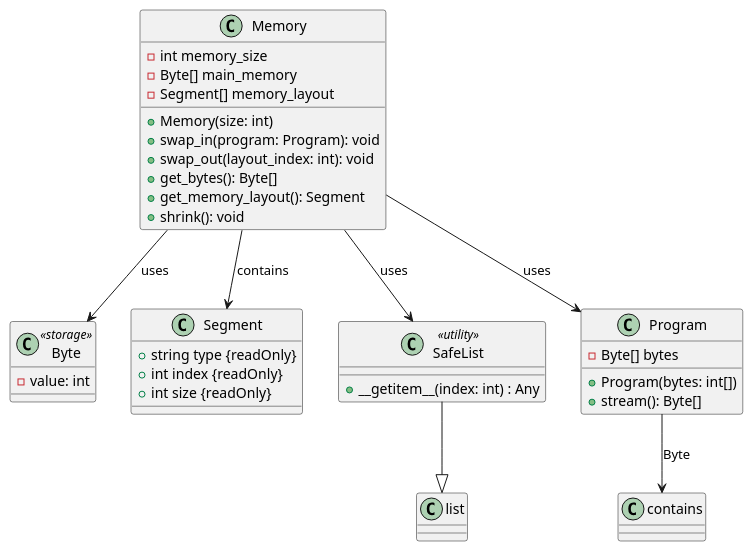
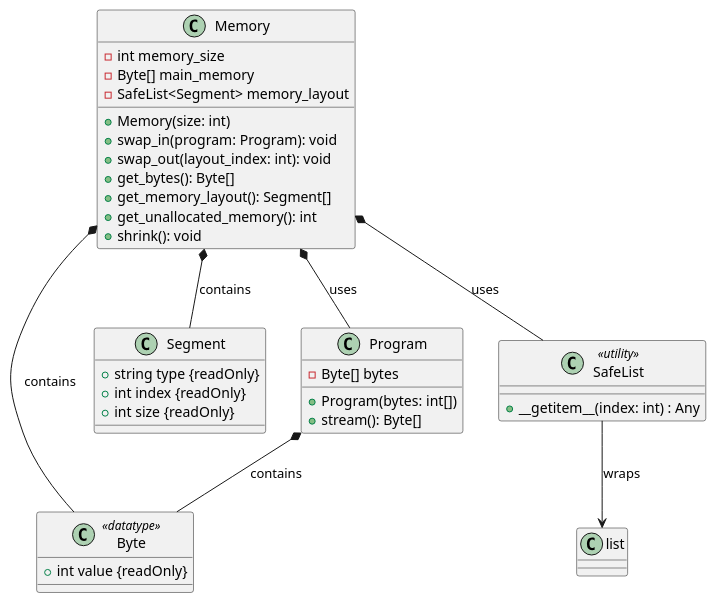
One commit to Caue-Aron/MEMSIM changed the diagram in schema.puml. Above: the diagram before and after it, drawn with PlantUML. The commit also changed 3 other files, not shown here.

```diff
--- a/schema.puml
+++ b/schema.puml
@@ -1,42 +1,43 @@
 @startuml MEMSIM
 class Memory {
     - int memory_size
     - Byte[] main_memory
-    - Segment[] memory_layout
+    - SafeList<Segment> memory_layout
 
     + Memory(size: int)
     + swap_in(program: Program): void
     + swap_out(layout_index: int): void
     + get_bytes(): Byte[]
-    + get_memory_layout(): Segment
+    + get_memory_layout(): Segment[]
+    + get_unallocated_memory(): int
     + shrink(): void
 }
 
-class Byte <<storage>> {
-    - value: int
+class Byte <<datatype>> {
+    + int value {readOnly}
 }
 
 class Segment {
     + string type {readOnly}
     + int index {readOnly}
     + int size {readOnly}
 }
 
 class SafeList <<utility>> {
     + __getitem__(index: int) : Any
 }
 
 class Program {
     - Byte[] bytes
 
     + Program(bytes: int[])
     + stream(): Byte[]
 }
 
-SafeList --|> list
-Memory --> Program : uses
-Memory --> SafeList : uses
-Memory --> Segment : contains
-Memory --> Byte : uses
-Program --> contains : Byte
+SafeList --> list : wraps
+Memory *-- Program : uses
+Memory *-- SafeList : uses
+Memory *-- Segment : contains
+Memory *-- Byte : contains
+Program *-- Byte : contains
 @enduml
```
